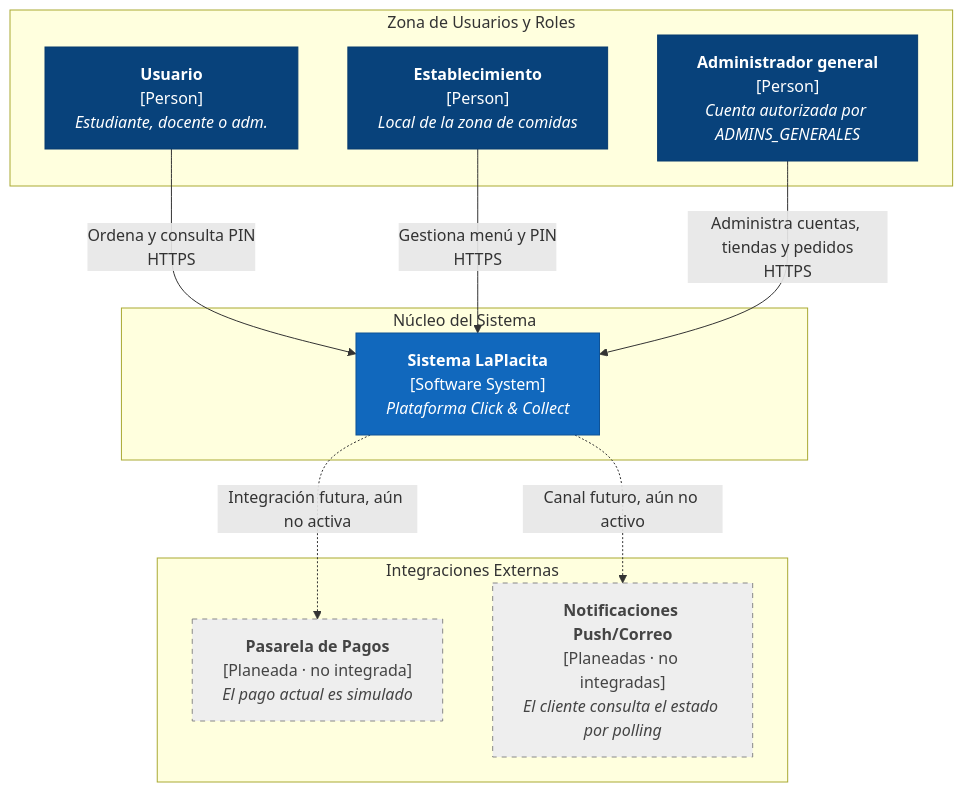
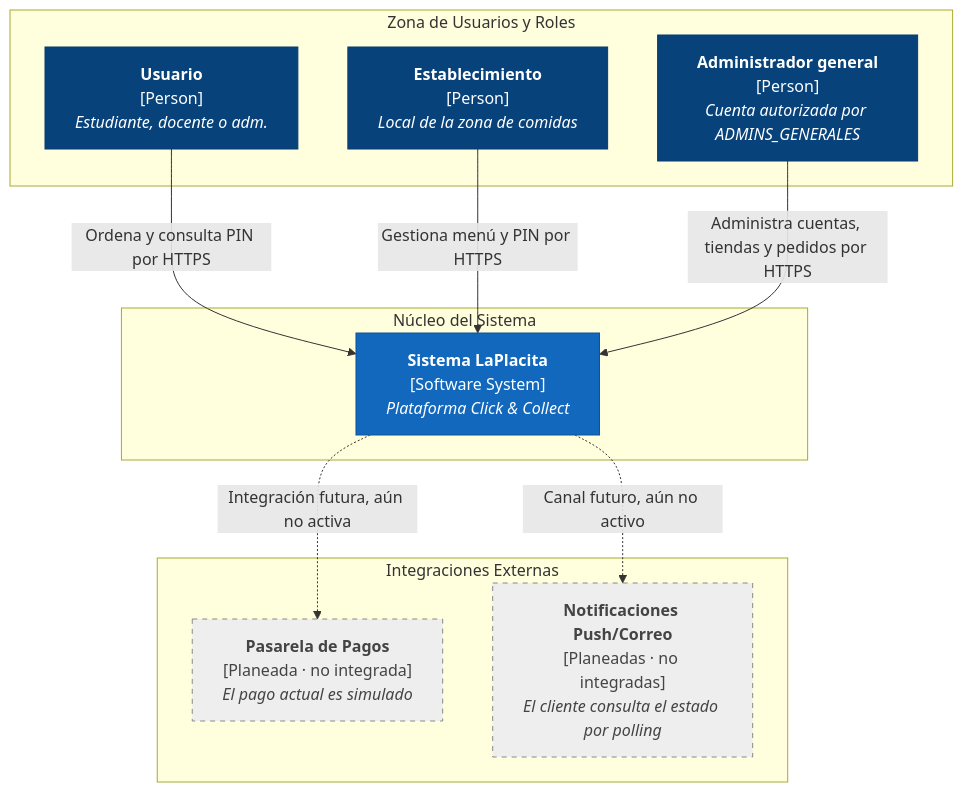
One commit to ISCOUTB/AS_202620_LaPlacita changed the diagram in docs/c4/contexto.md. Above: the diagram before and after it, drawn with Mermaid. The commit also changed other lines of this file and 6 other files, not shown here.

````diff
--- a/docs/c4/contexto.md
+++ b/docs/c4/contexto.md
@@ -5,29 +5,28 @@
 ```mermaid
 flowchart TD
     classDef person fill:#08427b,stroke:#073b6f,color:#fff;
     classDef system fill:#1168bd,stroke:#0e5296,color:#fff;
-    classDef extSystem fill:#999999,stroke:#666666,color:#fff;
     classDef planned fill:#eeeeee,stroke:#888888,color:#444444,stroke-dasharray: 5 5;
 
     subgraph b0 ["Zona de Usuarios y Roles"]
         usuario["<b>Usuario</b><br/>[Person]<br/><i>Estudiante, docente o adm.</i>"]:::person
         establecimiento["<b>Establecimiento</b><br/>[Person]<br/><i>Local de la zona de comidas</i>"]:::person
         administrador["<b>Administrador general</b><br/>[Person]<br/><i>Cuenta autorizada por ADMINS_GENERALES</i>"]:::person
     end
 
     subgraph b1 ["Núcleo del Sistema"]
         laPlacita["<b>Sistema LaPlacita</b><br/>[Software System]<br/><i>Plataforma Click & Collect</i>"]:::system
     end
 
     subgraph b2 ["Integraciones Externas"]
         pago["<b>Pasarela de Pagos</b><br/>[Planeada · no integrada]<br/><i>El pago actual es simulado</i>"]:::planned
         push["<b>Notificaciones Push/Correo</b><br/>[Planeadas · no integradas]<br/><i>El cliente consulta el estado por polling</i>"]:::planned
     end
 
-    usuario -->|Ordena y consulta PIN<br/>HTTPS| laPlacita
-    establecimiento -->|Gestiona menú y PIN<br/>HTTPS| laPlacita
-    administrador -->|Administra cuentas, tiendas y pedidos<br/>HTTPS| laPlacita
+    usuario -->|"Ordena y consulta PIN por HTTPS"| laPlacita
+    establecimiento -->|"Gestiona menú y PIN por HTTPS"| laPlacita
+    administrador -->|"Administra cuentas, tiendas y pedidos por HTTPS"| laPlacita
 
     laPlacita -.->|Integración futura, aún no activa| pago
     laPlacita -.->|Canal futuro, aún no activo| push
 ```
````
